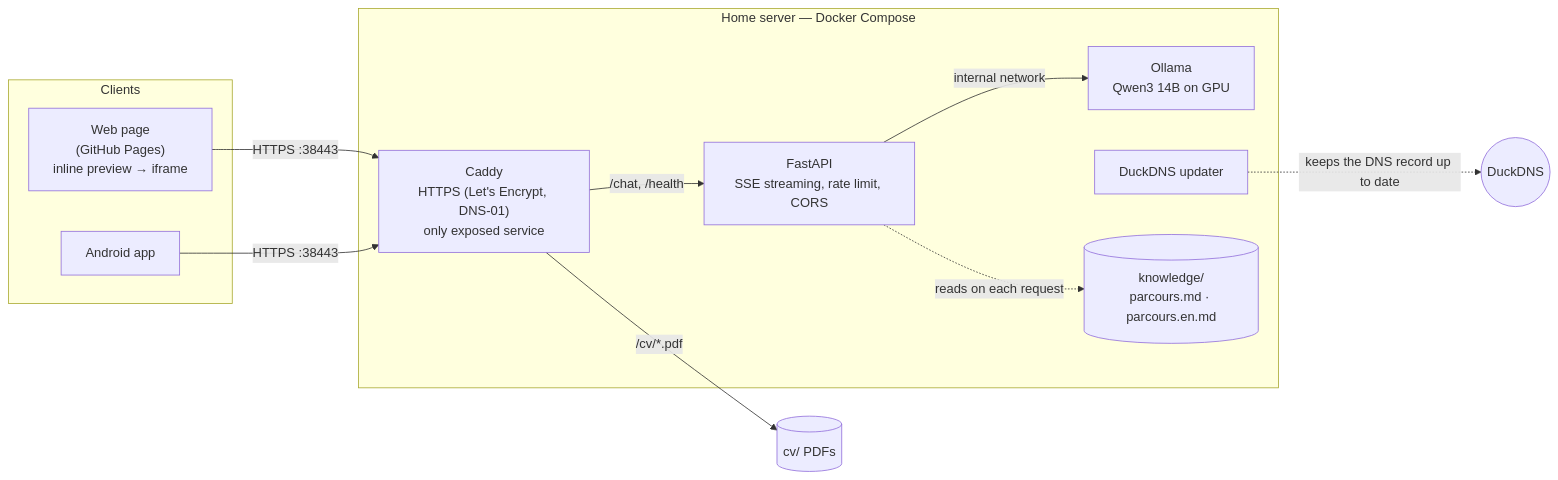
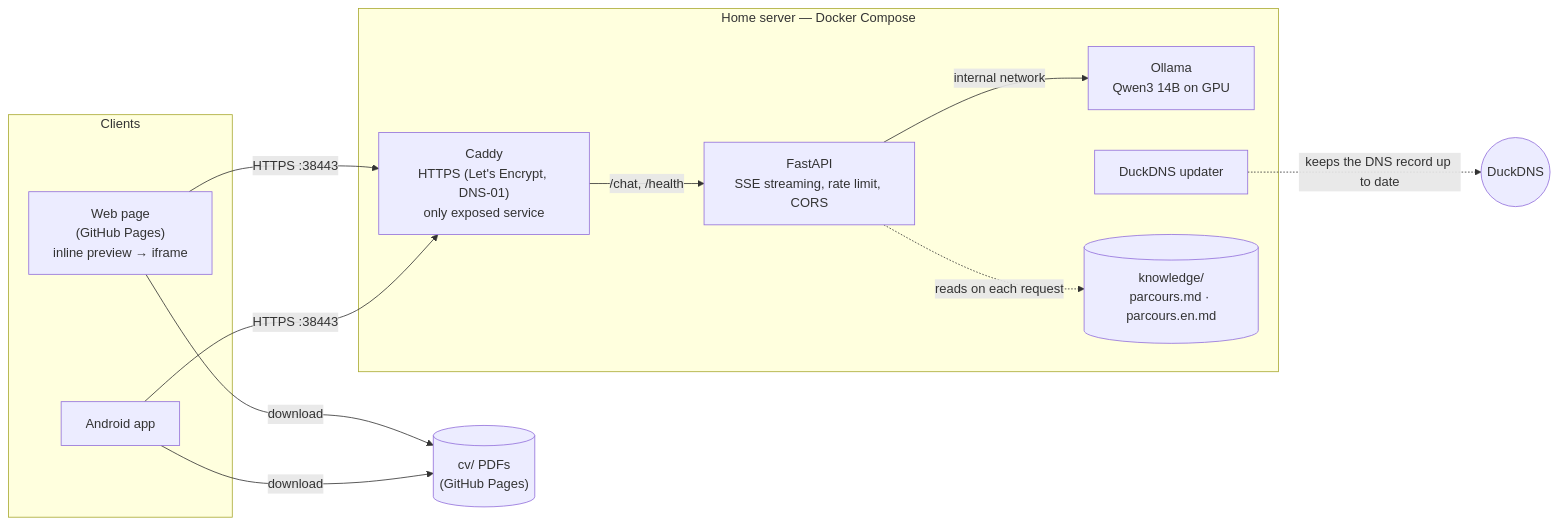
One commit to Wardmisp/recruiter-chatbot changed the diagram in README.md. Above: the diagram before and after it, drawn with Mermaid. The commit also changed other lines of this file and 12 other files, not shown here.

````diff
--- a/README.md
+++ b/README.md
@@ -34,23 +34,24 @@
 ```mermaid
 flowchart LR
     subgraph Clients
         W["Web page<br/>(GitHub Pages)<br/>inline preview → iframe"]
         A["Android app"]
     end
 
     subgraph Home["Home server — Docker Compose"]
         C["Caddy<br/>HTTPS (Let's Encrypt, DNS-01)<br/>only exposed service"]
         F["FastAPI<br/>SSE streaming, rate limit, CORS"]
         O["Ollama<br/>Qwen3 14B on GPU"]
         D["DuckDNS updater"]
         K[("knowledge/<br/>parcours.md · parcours.en.md")]
     end
 
     W -- "HTTPS :38443" --> C
     A -- "HTTPS :38443" --> C
     C -- "/chat, /health" --> F
-    C -- "/cv/*.pdf" --> CV[("cv/ PDFs")]
+    W -- "download" --> CV[("cv/ PDFs<br/>(GitHub Pages)")]
+    A -- "download" --> CV
     F -- "internal network" --> O
     F -. "reads on each request" .-> K
     D -. "keeps the DNS record up to date" .-> DNS(("DuckDNS"))
 ```
````
